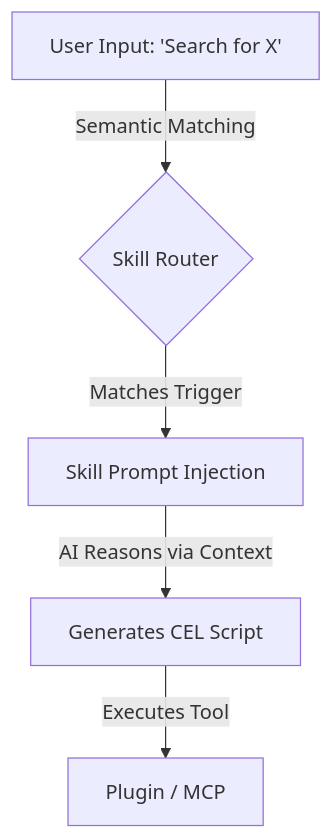
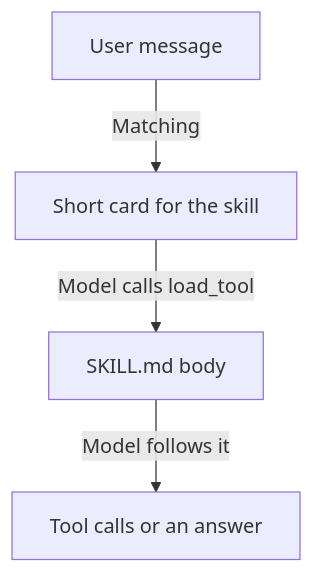
Before and after one commit to cluaiz/cluaiz-tools: the diagram in docs/tutorials/skills/01-creating-ai-skills.md, drawn with Mermaid. The commit also changed other lines of this file and 112 other files, not shown here.

````diff
--- a/docs/tutorials/skills/01-creating-ai-skills.md
+++ b/docs/tutorials/skills/01-creating-ai-skills.md
@@ -17,7 +11,6 @@
 ```mermaid
 flowchart TD
-    A["User Input: 'Search for X'"] -->|Semantic Matching| B{"Skill Router"}
-    B -->|Matches Trigger| C["Skill Prompt Injection"]
-    C -->|AI Reasons via Context| D["Generates CEL Script"]
-    D -->|Executes Tool| E["Plugin / MCP"]
+    A["User message"] -->|"Matching"| B["Short card for the skill"]
+    B -->|"Model calls load_tool"| C["SKILL.md body"]
+    C -->|"Model follows it"| D["Tool calls or an answer"]
 ```
````
